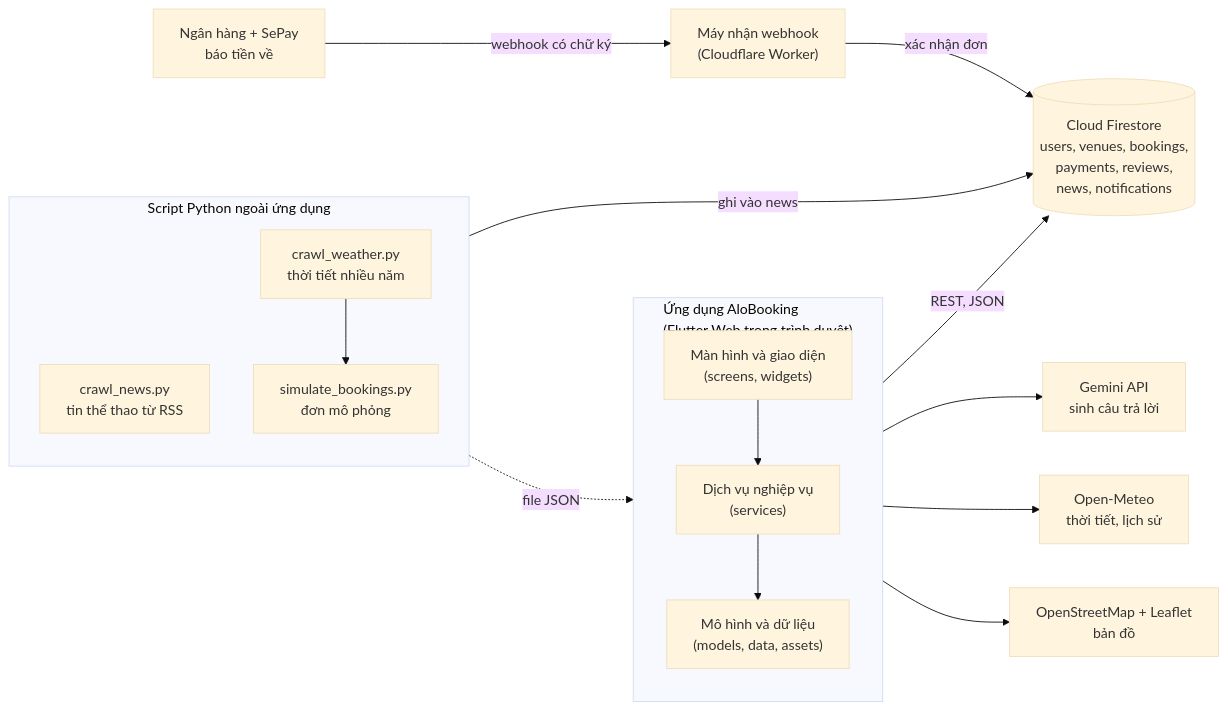
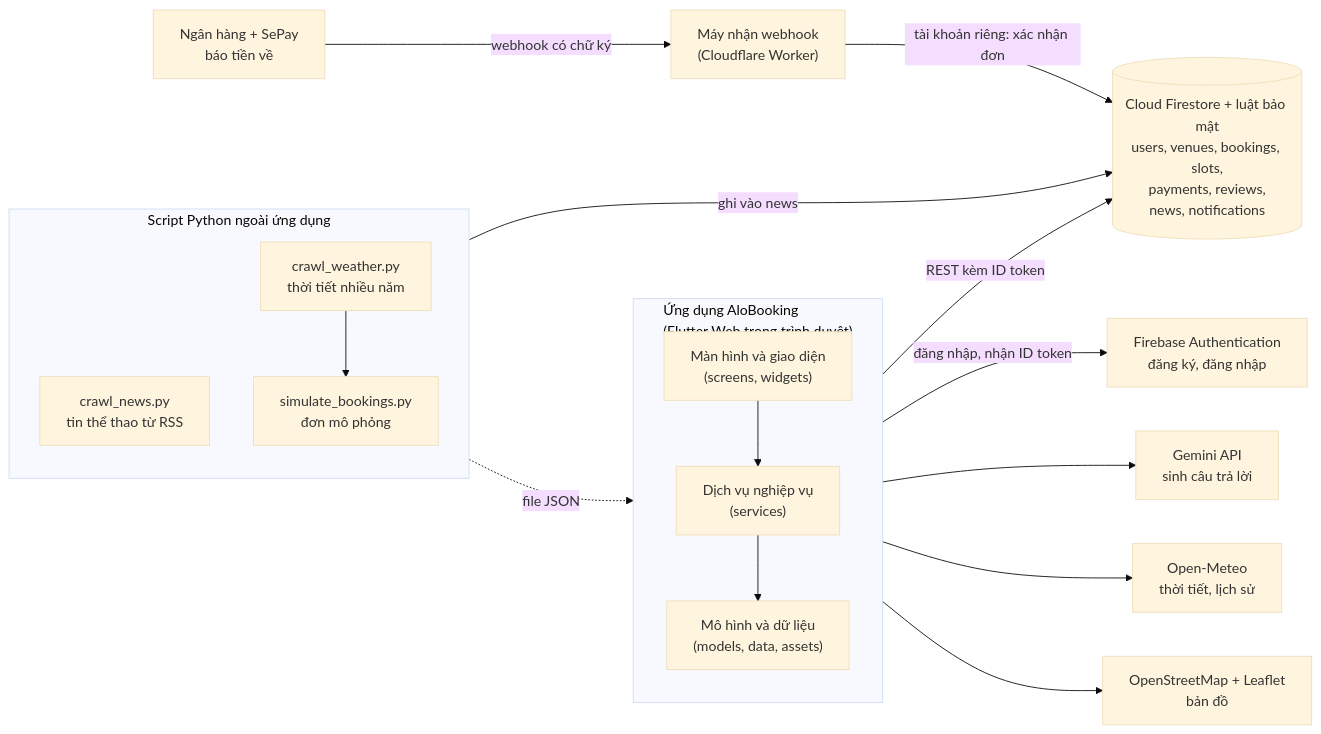
The diagram in docs/diagrams/nguon/kien-truc-he-thong.mmd (dinhngochuy2909/DoAnTotNghiep), drawn with Mermaid (base theme) before and after one commit. The commit also changed 12 other files, not shown here.

Commit message:
Describe Firebase Authentication and the security rules in the documents

```diff
--- a/docs/diagrams/nguon/kien-truc-he-thong.mmd
+++ b/docs/diagrams/nguon/kien-truc-he-thong.mmd
@@ -1,30 +1,32 @@
 flowchart LR
   subgraph APP["Ứng dụng AloBooking<br/>(Flutter Web trong trình duyệt)"]
     direction TB
     SCR["Màn hình và giao diện<br/>(screens, widgets)"]
     SVC["Dịch vụ nghiệp vụ<br/>(services)"]
     MOD["Mô hình và dữ liệu<br/>(models, data, assets)"]
     SCR --> SVC
     SVC --> MOD
   end
-  FS[("Cloud Firestore<br/>users, venues, bookings,<br/>payments, reviews,<br/>news, notifications")]
+  FS[("Cloud Firestore + luật bảo mật<br/>users, venues, bookings, slots,<br/>payments, reviews,<br/>news, notifications")]
+  AUTH["Firebase Authentication<br/>đăng ký, đăng nhập"]
   GM["Gemini API<br/>sinh câu trả lời"]
   OM["Open-Meteo<br/>thời tiết, lịch sử"]
   GMAP["OpenStreetMap + Leaflet<br/>bản đồ"]
-  SVC -- "REST, JSON" --> FS
+  SVC -- "đăng nhập, nhận ID token" --> AUTH
+  SVC -- "REST kèm ID token" --> FS
   BANK["Ngân hàng + SePay<br/>báo tiền về"]
   HOOK["Máy nhận webhook<br/>(Cloudflare Worker)"]
   BANK -- "webhook có chữ ký" --> HOOK
-  HOOK -- "xác nhận đơn" --> FS
+  HOOK -- "tài khoản riêng: xác nhận đơn" --> FS
   SVC --> GM
   SVC --> OM
   SCR --> GMAP
   subgraph TOOLS["Script Python ngoài ứng dụng"]
     direction TB
     T1["crawl_news.py<br/>tin thể thao từ RSS"]
     T2["crawl_weather.py<br/>thời tiết nhiều năm"]
     T3["simulate_bookings.py<br/>đơn mô phỏng"]
     T2 --> T3
   end
   T1 -- "ghi vào news" --> FS
   T3 -. "file JSON" .-> MOD
```
